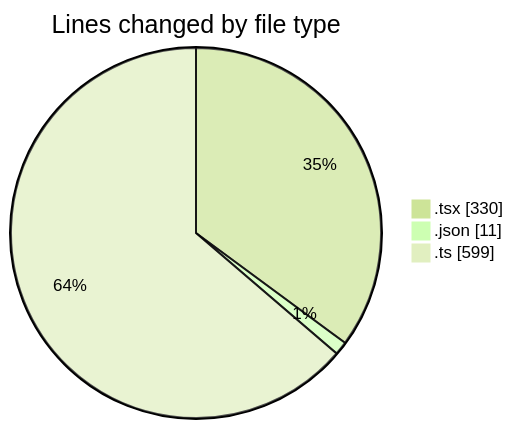
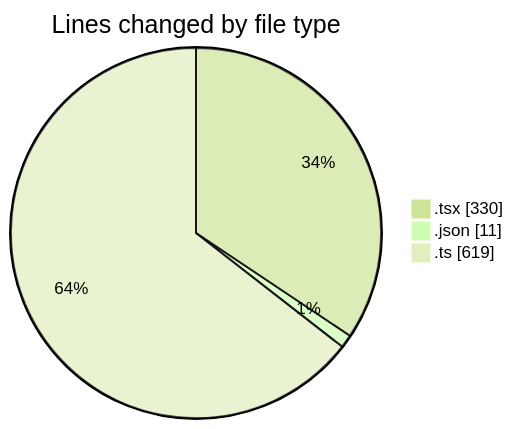
One commit to momahboobian/code-tracking changed the first of 2 diagrams in 2025-05-12/cda/README.md. Above: the diagram before and after it, drawn with Mermaid (forest theme). The commit also changed other lines of this file and 1 other file, not shown here.

````diff
--- a/2025-05-12/cda/README.md
+++ b/2025-05-12/cda/README.md
@@ -31,7 +31,7 @@
 ```mermaid
 pie showData
 title Lines changed by file type
 ".tsx" : 330
 ".json" : 11
-".ts" : 599
+".ts" : 619
 ```
````
